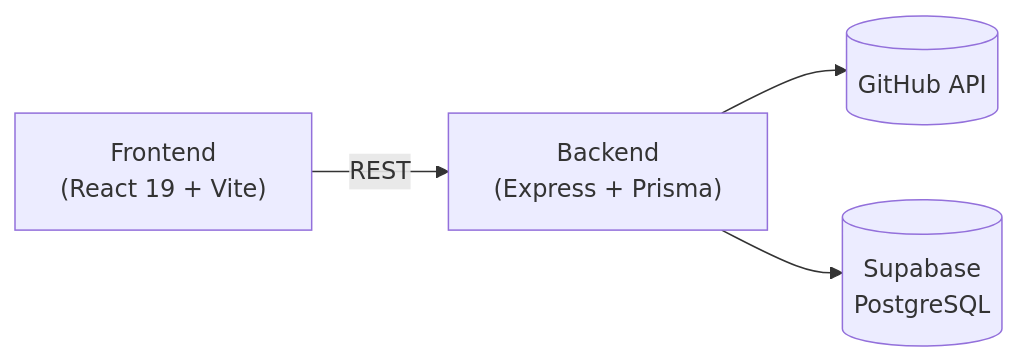
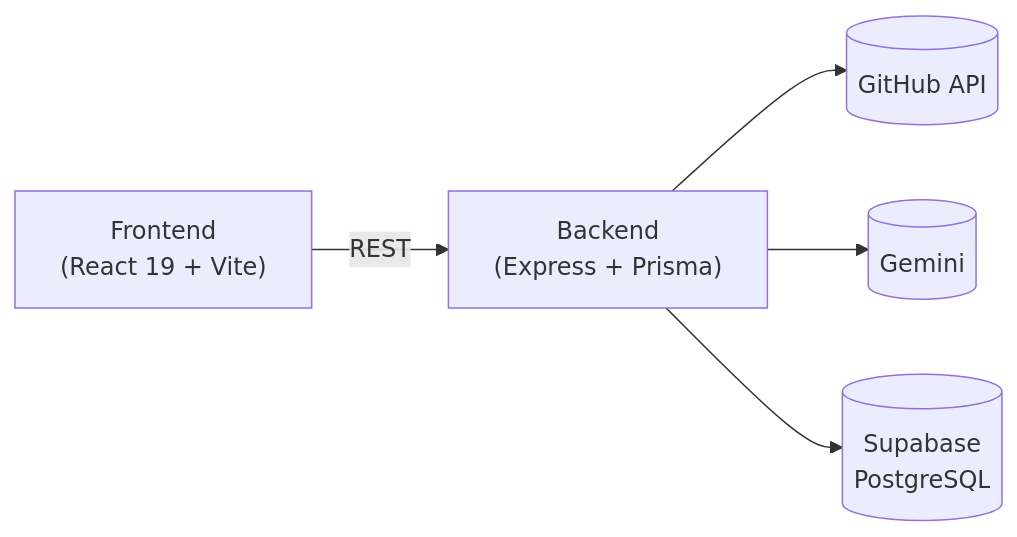
The diagram in README.md (Mureung1/hub-showcase), drawn with Mermaid before and after one commit. The commit also changed other lines of this file, not shown here.

````diff
--- a/README.md
+++ b/README.md
@@ -37,6 +42,7 @@
 ```mermaid
 flowchart LR
   FE["Frontend\n(React 19 + Vite)"] -- REST --> BE["Backend\n(Express + Prisma)"]
   BE --> GH[("GitHub API")]
+  BE --> LLM[("Gemini")]
   BE --> DB[("Supabase\nPostgreSQL")]
 ```
````
